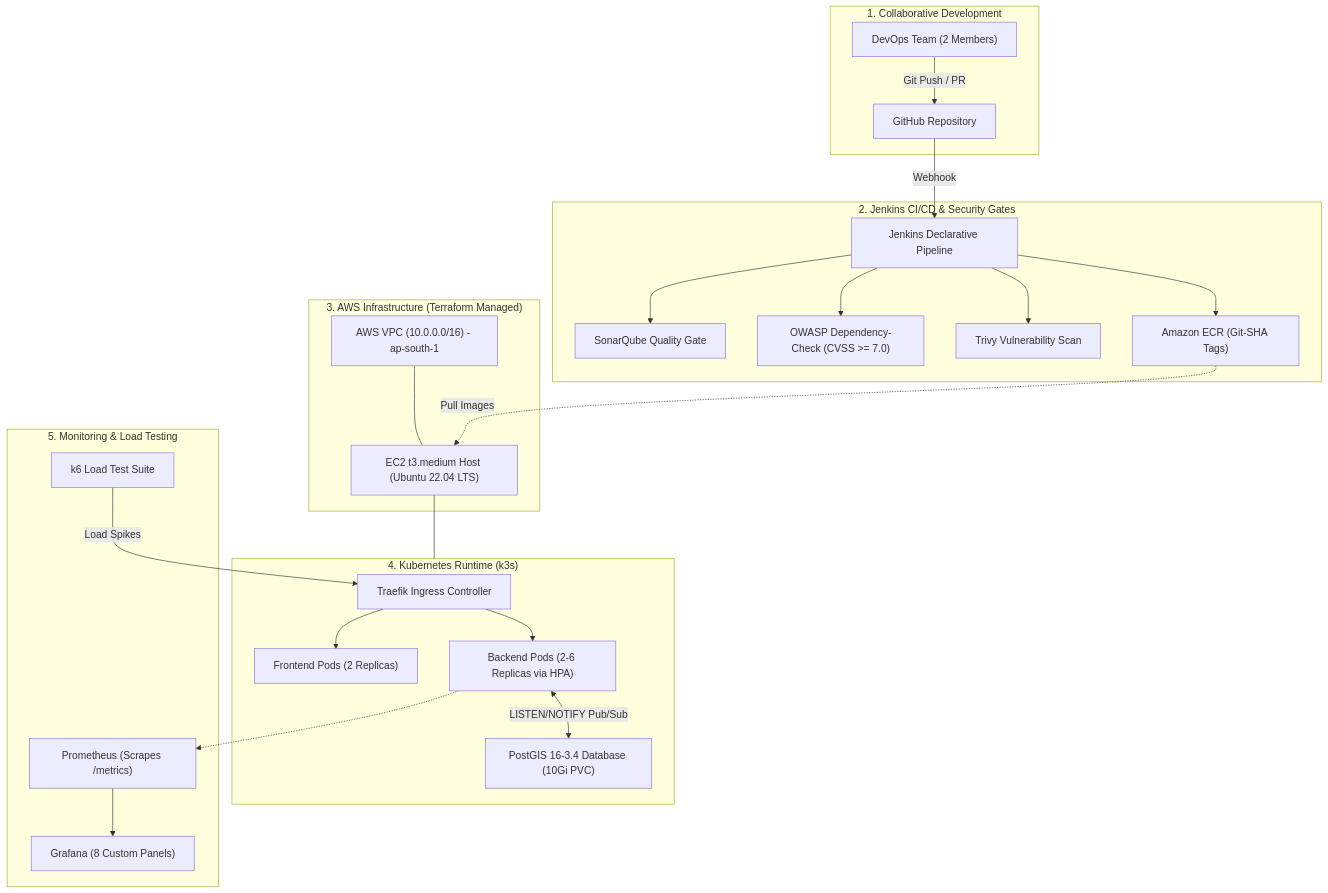
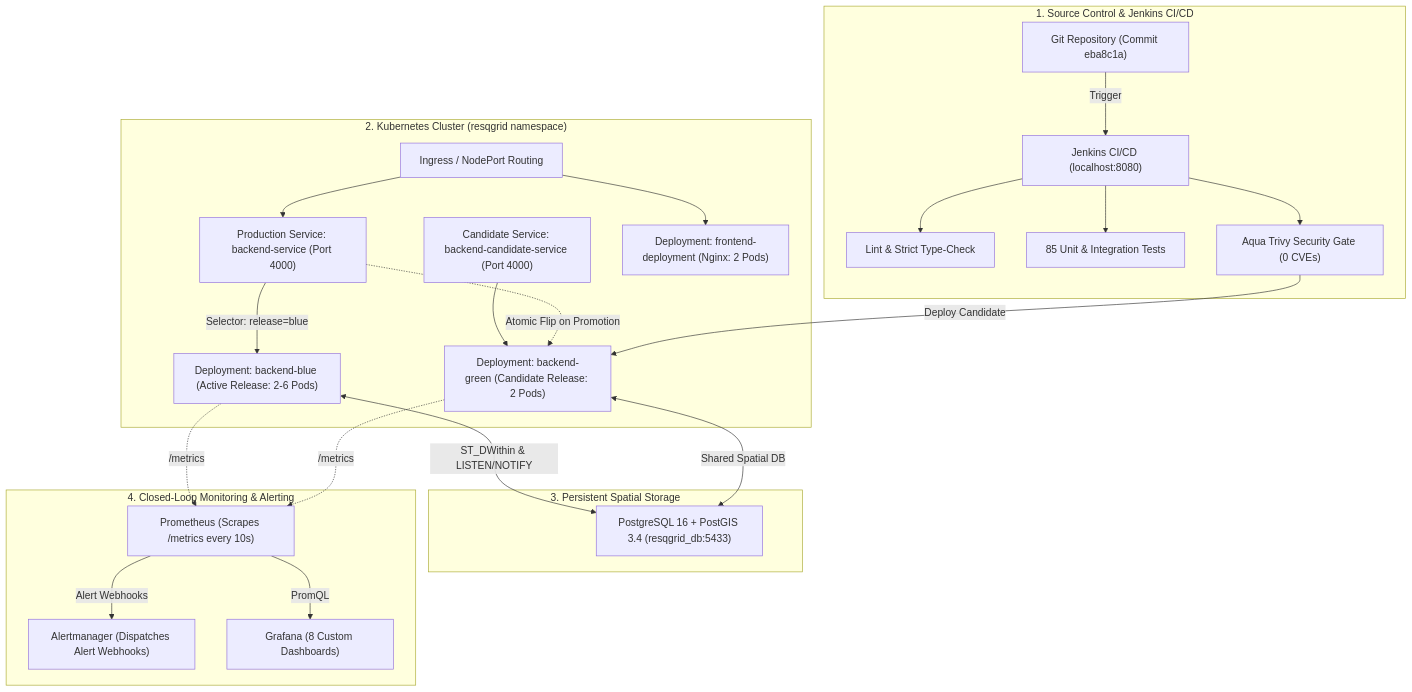
Before and after one commit to RichieRichard0000/resqgrid-devops: the second of 2 diagrams in README.md, drawn with Mermaid. The commit also changed other lines of this file and 65 other files, not shown here.

Commit message:
feat(observability-security): add Prometheus & Grafana manifests, 10-stage security CI scripts, and viva documentation

````diff
--- a/README.md
+++ b/README.md
@@ -60,40 +77,44 @@
 ```mermaid
 flowchart TD
-    subgraph DevZone["1. Collaborative Development"]
-        DEV["DevOps Team (2 Members)"] -->|Git Push / PR| GITHUB["GitHub Repository"]
+    subgraph SCM["1. Source Control & Jenkins CI/CD"]
+        GIT["Git Repository (Commit eba8c1a)"] -->|Trigger| JENKINS["Jenkins CI/CD (localhost:8080)"]
+        JENKINS --> LINT["Lint & Strict Type-Check"]
+        JENKINS --> TEST["85 Unit & Integration Tests"]
+        JENKINS --> TRIVY["Aqua Trivy Security Gate (0 CVEs)"]
     end
 
-    subgraph CIZone["2. Jenkins CI/CD & Security Gates"]
-        GITHUB -->|Webhook| JENKINS["Jenkins Declarative Pipeline"]
-        JENKINS --> SONAR["SonarQube Quality Gate"]
-        JENKINS --> OWASP["OWASP Dependency-Check (CVSS >= 7.0)"]
-        JENKINS --> TRIVY["Trivy Vulnerability Scan"]
-        JENKINS --> ECR["Amazon ECR (Git-SHA Tags)"]
+    subgraph K8s["2. Kubernetes Cluster (resqgrid namespace)"]
+        INGRESS["Ingress / NodePort Routing"]
+        PROD_SVC["Production Service: backend-service (Port 4000)"]
+        CAND_SVC["Candidate Service: backend-candidate-service (Port 4000)"]
+        
+        BLUE["Deployment: backend-blue (Active Release: 2-6 Pods)"]
+        GREEN["Deployment: backend-green (Candidate Release: 2 Pods)"]
+        FRONTEND["Deployment: frontend-deployment (Nginx: 2 Pods)"]
+        
+        INGRESS --> FRONTEND
+        INGRESS --> PROD_SVC
+        CAND_SVC --> GREEN
+        PROD_SVC -->|Selector: release=blue| BLUE
+        PROD_SVC -.->|Atomic Flip on Promotion| GREEN
     end
 
-    subgraph AWSZone["3. AWS Infrastructure (Terraform Managed)"]
-        VPC["AWS VPC (10.0.0.0/16) - ap-south-1"]
-        EC2["EC2 t3.medium Host (Ubuntu 22.04 LTS)"]
-        VPC --- EC2
-        ECR -.->|Pull Images| EC2
+    subgraph DataTier["3. Persistent Spatial Storage"]
+        DB["PostgreSQL 16 + PostGIS 3.4 (resqgrid_db:5433)"]
+        BLUE <-->|ST_DWithin & LISTEN/NOTIFY| DB
+        GREEN <-->|Shared Spatial DB| DB
     end
 
-    subgraph K8sZone["4. Kubernetes Runtime (k3s)"]
-        INGRESS["Traefik Ingress Controller"]
-        FE["Frontend Pods (2 Replicas)"]
-        BE["Backend Pods (2-6 Replicas via HPA)"]
-        DB["PostGIS 16-3.4 Database (10Gi PVC)"]
-        INGRESS --> FE & BE
-        BE <-->|LISTEN/NOTIFY Pub/Sub| DB
+    subgraph ObsTier["4. Closed-Loop Monitoring & Alerting"]
+        PROM["Prometheus (Scrapes /metrics every 10s)"]
+        AM["Alertmanager (Dispatches Alert Webhooks)"]
+        GRAF["Grafana (8 Custom Dashboards)"]
+        
+        BLUE -.->|/metrics| PROM
+        GREEN -.->|/metrics| PROM
+        PROM -->|Alert Webhooks| AM
+        PROM -->|PromQL| GRAF
     end
 
-    subgraph ObsZone["5. Monitoring & Load Testing"]
-        PROM["Prometheus (Scrapes /metrics)"]
-        GRAFANA["Grafana (8 Custom Panels)"]
-        K6["k6 Load Test Suite"]
-        BE -.-> PROM --> GRAFANA
-        K6 -->|Load Spikes| INGRESS
-    end
-
-    EC2 --- K8sZone
+    TRIVY -->|Deploy Candidate| GREEN
 ```
````
